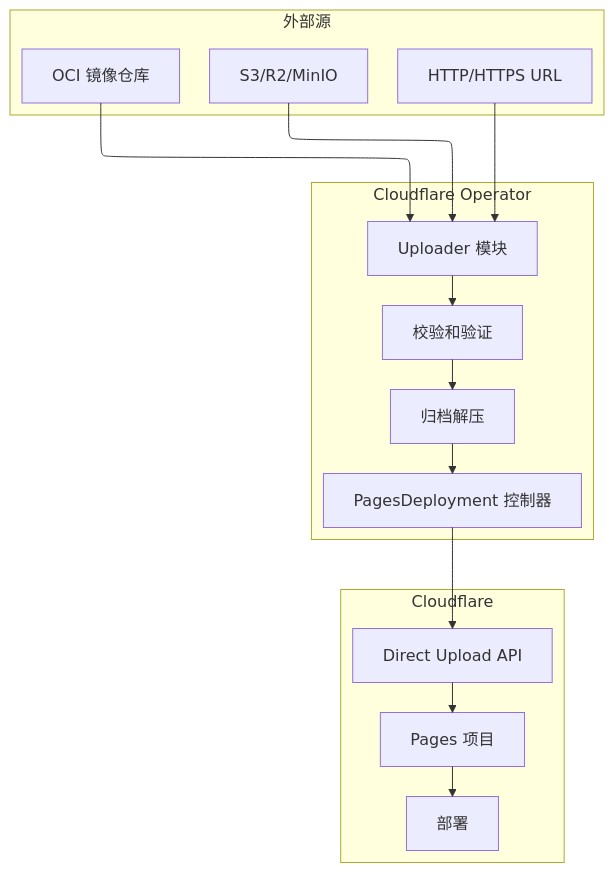
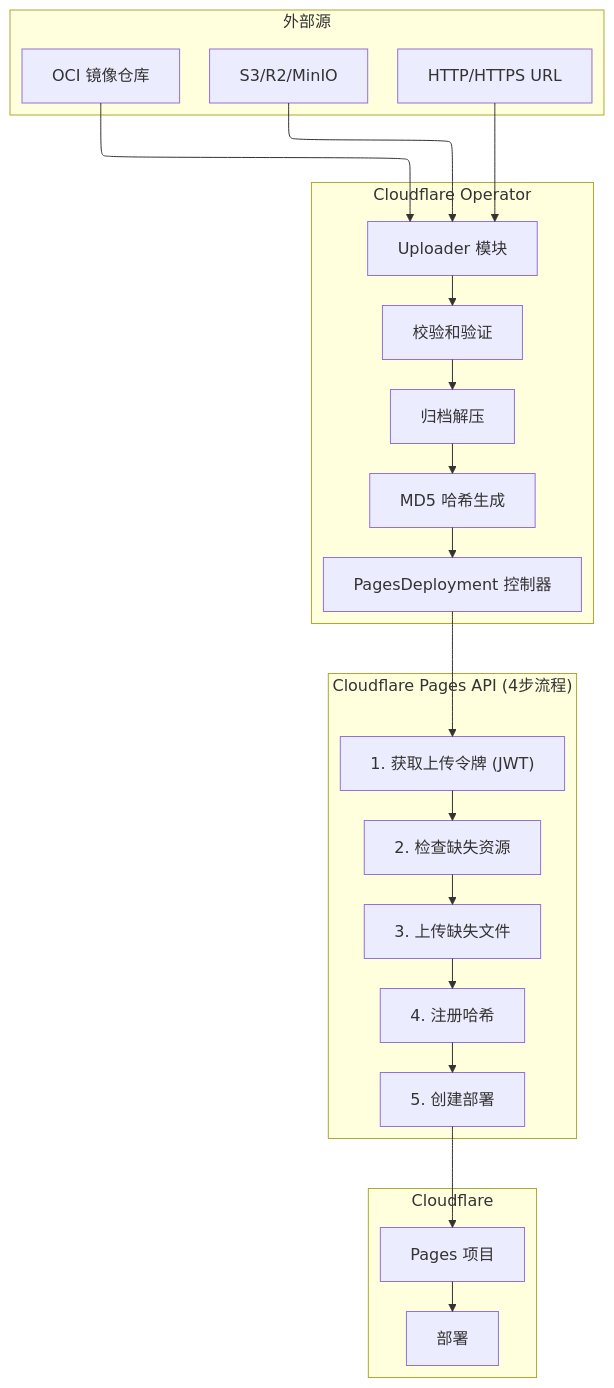
One commit to StringKe/cloudflare-operator changed the first of 2 diagrams in docs/zh/guides/pages-advanced-deployment.md. Above: the diagram before and after it, drawn with Mermaid. The commit also changed other lines of this file and 2 other files, not shown here.

Commit message:
docs(pages): update documentation for v0.27.13 Direct Upload fix
- Update version from v0.27.12 to v0.27.13
- Add detailed architecture diagram showing 4-step API flow
- Document MD5 hash requirement (not SHA256)
- Document special files exclusion (_headers, _redirects, etc.)
- Add technical details section in examples README
- Sync English and Chinese documentation

````diff
--- a/docs/zh/guides/pages-advanced-deployment.md
+++ b/docs/zh/guides/pages-advanced-deployment.md
@@ -21,36 +21,49 @@
 ```mermaid
 ---
 config:
   layout: elk
 ---
 flowchart TB
     subgraph Sources["外部源"]
         HTTP["HTTP/HTTPS URL"]
         S3["S3/R2/MinIO"]
         OCI["OCI 镜像仓库"]
     end
 
     subgraph Operator["Cloudflare Operator"]
         PD["PagesDeployment 控制器"]
         UP["Uploader 模块"]
         CS["校验和验证"]
         AR["归档解压"]
+        MD5["MD5 哈希生成"]
+    end
+
+    subgraph CloudflareAPI["Cloudflare Pages API (4步流程)"]
+        JWT["1. 获取上传令牌 (JWT)"]
+        CHK["2. 检查缺失资源"]
+        UPL["3. 上传缺失文件"]
+        UPS["4. 注册哈希"]
+        DEP["5. 创建部署"]
     end
 
     subgraph Cloudflare["Cloudflare"]
-        DU["Direct Upload API"]
         PP["Pages 项目"]
         DEPLOY["部署"]
     end
 
     HTTP --> UP
     S3 --> UP
     OCI --> UP
 
     UP --> CS
     CS --> AR
-    AR --> PD
-    PD --> DU
-    DU --> PP
+    AR --> MD5
+    MD5 --> PD
+    PD --> JWT
+    JWT --> CHK
+    CHK --> UPL
+    UPL --> UPS
+    UPS --> DEP
+    DEP --> PP
     PP --> DEPLOY
 ```
````
